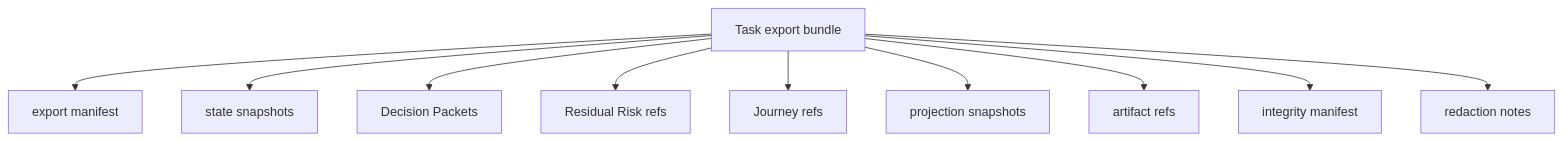
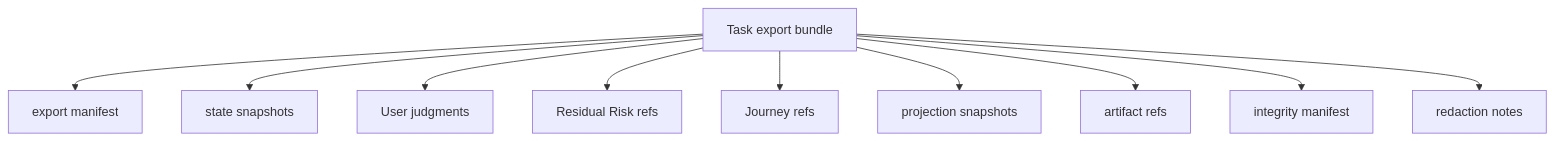
The eighth of 9 diagrams in docs/ko/reference/operations-and-conformance.md (minjungw00/Harness_Project), drawn with Mermaid before and after one commit. The commit also changed other lines of this file and 90 other files, not shown here.

````diff
--- a/docs/ko/reference/operations-and-conformance.md
+++ b/docs/ko/reference/operations-and-conformance.md
@@ -562,12 +562,12 @@
 ```mermaid
 flowchart TD
   Export["Task export bundle"] --> Manifest["export manifest"]
   Export --> State["state snapshots"]
-  Export --> Decisions["Decision Packets"]
+  Export --> Decisions["User judgments"]
   Export --> Risks["Residual Risk refs"]
   Export --> Journey["Journey refs"]
   Export --> Projections["projection snapshots"]
   Export --> Artifacts["artifact refs"]
   Export --> Integrity["integrity manifest"]
   Export --> Redaction["redaction notes"]
 ```
````
